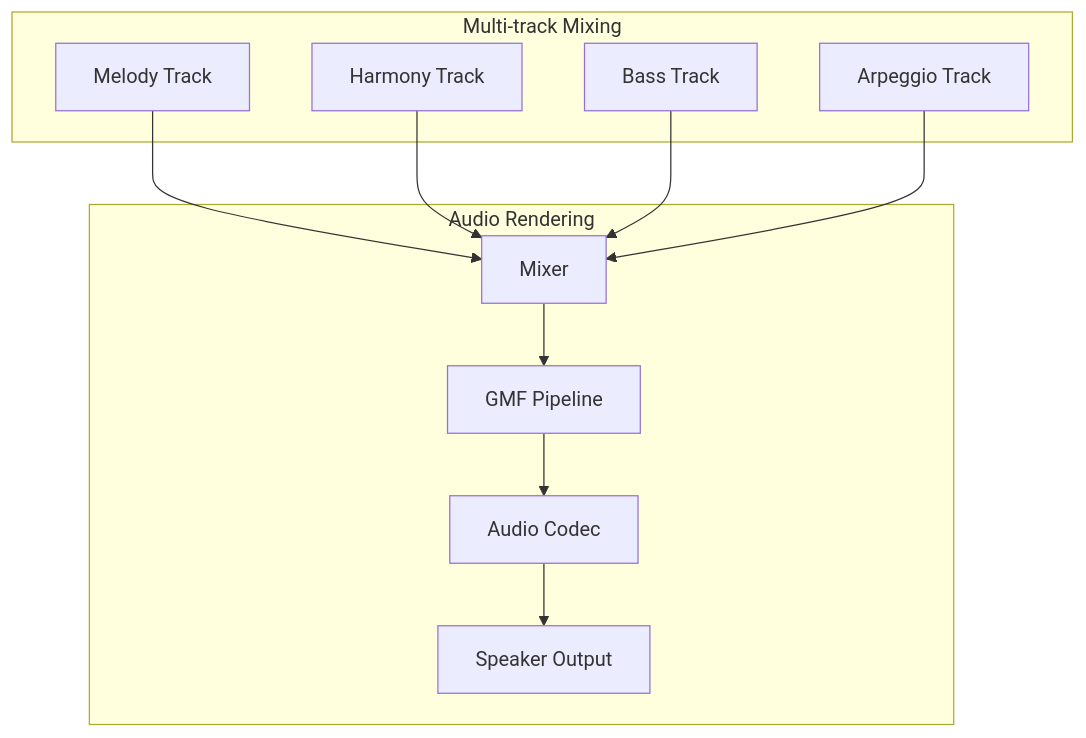
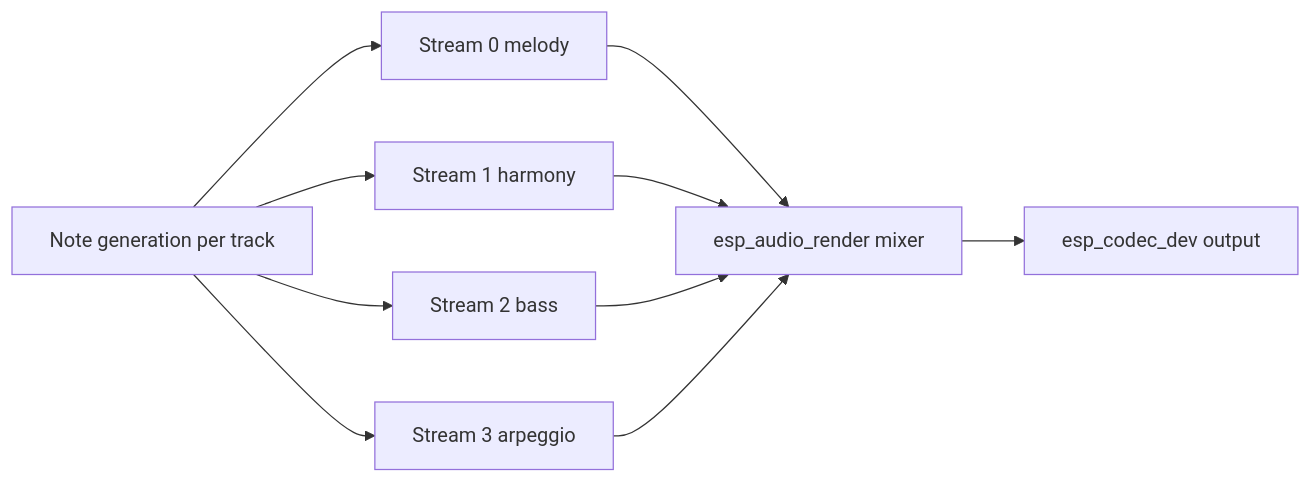
One commit to espressif/esp-gmf changed the diagram in packages/esp_audio_render/examples/simple_piano/README.md. Above: the diagram before and after it, drawn with Mermaid. The commit also changed other lines of this file and 13 other files, not shown here.

Commit message:
feat(packages): Refine esp_audio_render and esp_capture readme

````diff
--- a/packages/esp_audio_render/examples/simple_piano/README.md
+++ b/packages/esp_audio_render/examples/simple_piano/README.md
@@ -35,15 +53,12 @@
 ```mermaid
-graph TB
-    subgraph "Audio Rendering"
-        H[Mixer] --> I[GMF Pipeline]
-        I --> J[Audio Codec]
-        J --> K[Speaker Output]
-    end
-
-    subgraph "Multi-track Mixing"
-        L[Melody Track] --> H
-        M[Harmony Track] --> H
-        N[Bass Track] --> H
-        O[Arpeggio Track] --> H
-    end
+flowchart LR
+  GEN[Note generation per track] --> W0[Stream 0 melody]
+  GEN --> W1[Stream 1 harmony]
+  GEN --> W2[Stream 2 bass]
+  GEN --> W3[Stream 3 arpeggio]
+  W0 --> MIX[esp_audio_render mixer]
+  W1 --> MIX
+  W2 --> MIX
+  W3 --> MIX
+  MIX --> SINK[esp_codec_dev output]
 ```
````
